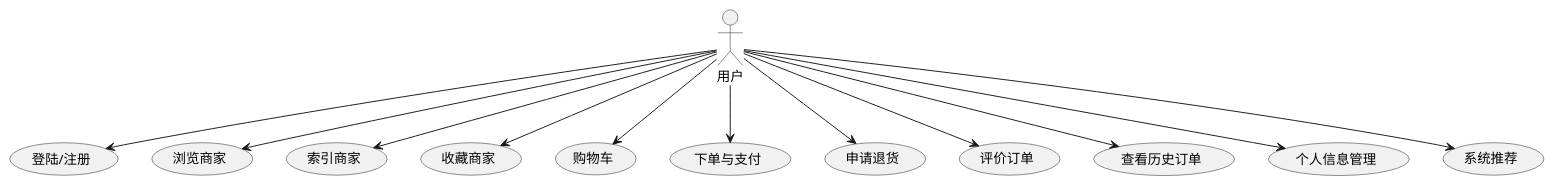
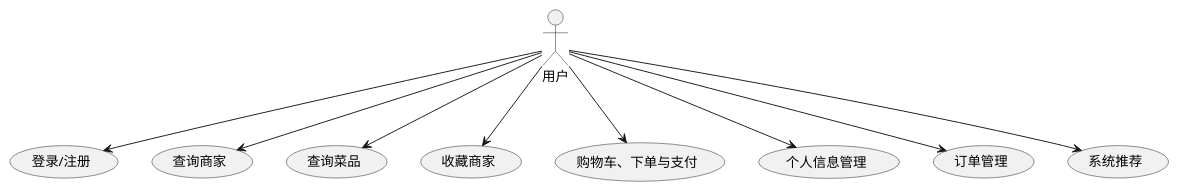
The diagram in src/main/resources/uml/user.puml (fluoritess/Reservation), drawn with PlantUML before and after one commit. The commit also changed 5 other files, not shown here.

```diff
--- a/src/main/resources/uml/user.puml
+++ b/src/main/resources/uml/user.puml
@@ -1,14 +1,11 @@
 @startuml
 
-:用户: --> (登陆/注册)
-用户 --> (浏览商家)
-用户 --> (索引商家)
+:用户: --> (登录/注册)
+用户 --> (查询商家)
+用户 --> (查询菜品)
 用户 --> (收藏商家)
-用户 --> (购物车)
-用户 --> (下单与支付)
-用户 --> (申请退货)
-用户 --> (评价订单)
-用户 --> (查看历史订单)
+用户 --> (购物车、下单与支付)
 用户 --> (个人信息管理)
+用户 --> (订单管理)
 用户 --> (系统推荐)
 @enduml
```
